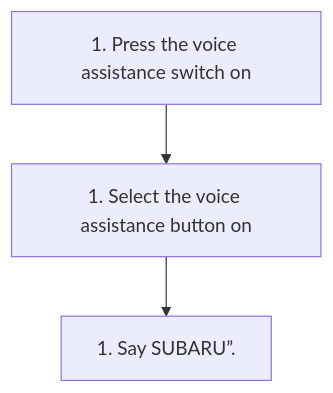
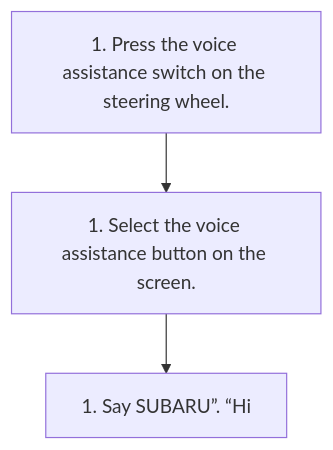
Before and after one commit to Chieko-Y/my-spec-generator: the diagram in workspace/subaru/outback-2026/ivi/published/basic-operation/20-using-the-voice-assistance-system.md, drawn with Mermaid. The commit also changed other lines of this file and 477 other files, not shown here.

````diff
--- a/workspace/subaru/outback-2026/ivi/published/basic-operation/20-using-the-voice-assistance-system.md
+++ b/workspace/subaru/outback-2026/ivi/published/basic-operation/20-using-the-voice-assistance-system.md
@@ -14,8 +14,8 @@
 ```mermaid
 flowchart TD
-    S1["1. Press the voice assistance switch on"]
-    S2["1. Select the voice assistance button on"]
-    S3["1. Say SUBARU”."]
+    S1["1. Press the voice assistance switch on the steering wheel."]
+    S2["1. Select the voice assistance button on the screen."]
+    S3["1. Say SUBARU”. “Hi"]
     S1 --> S2
     S2 --> S3
 ```
````
